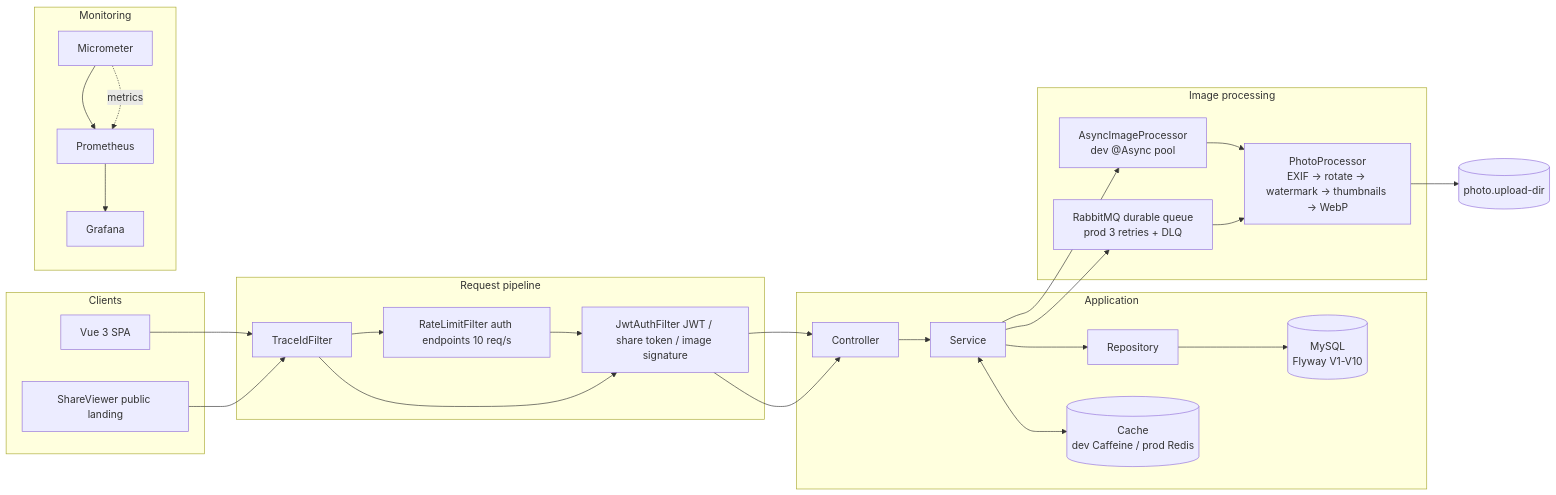
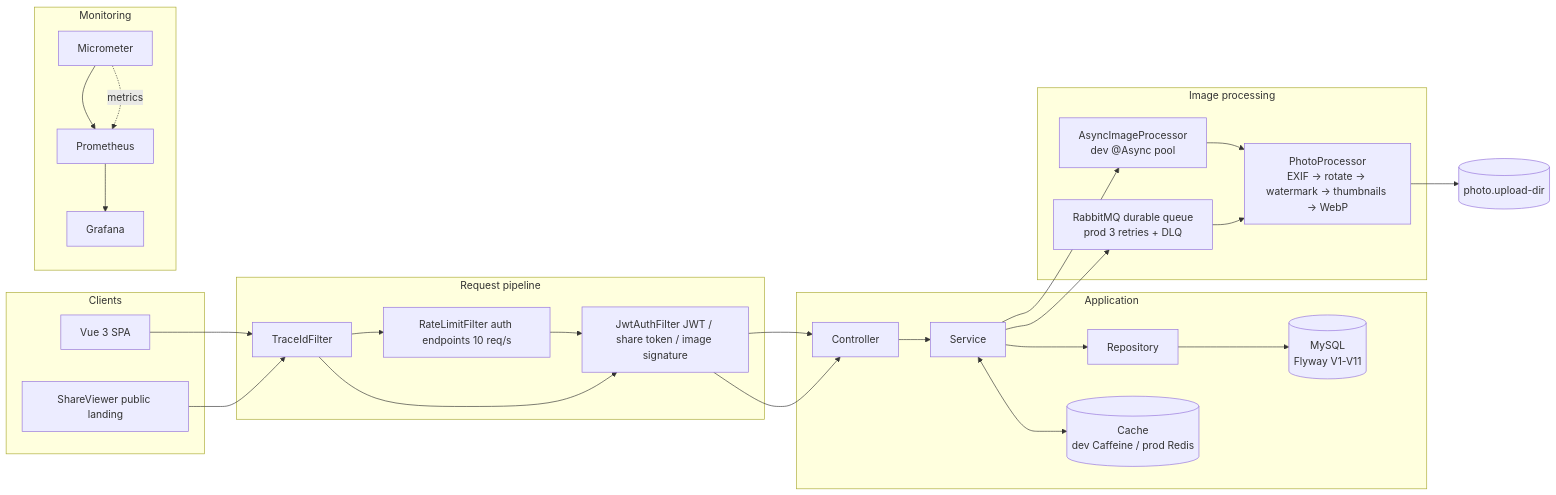
Before and after one commit to LJ000003/photo-gallery: the diagram in README.en.md, drawn with Mermaid. The commit also changed other lines of this file and 3 other files, not shown here.

````diff
--- a/README.en.md
+++ b/README.en.md
@@ -11,28 +11,28 @@
 ```mermaid
 flowchart LR
     subgraph Clients
         SPA[Vue 3 SPA]
         SHARE[ShareViewer public landing]
     end
     subgraph Request pipeline
         F1[TraceIdFilter]
         F2[RateLimitFilter auth endpoints 10 req/s]
         F3[JwtAuthFilter JWT / share token / image signature]
     end
     subgraph Application
-        C[Controller] --> S[Service] --> R[Repository] --> DB[(MySQL<br/>Flyway V1-V10)]
+        C[Controller] --> S[Service] --> R[Repository] --> DB[(MySQL<br/>Flyway V1-V11)]
         S <--> CACHE[(Cache<br/>dev Caffeine / prod Redis)]
     end
     subgraph Image processing
         A1[AsyncImageProcessor<br/>dev @Async pool]
         A2[RabbitMQ durable queue<br/>prod 3 retries + DLQ]
         PROC[PhotoProcessor<br/>EXIF → rotate → watermark → thumbnails → WebP]
     end
     subgraph Monitoring
         M[Micrometer] --> PR[Prometheus] --> G[Grafana]
     end
     SPA --> F1 --> F2 --> F3 --> C
     SHARE --> F1 --> F3 --> C
     S --> A1 & A2 --> PROC --> STOR[(photo.upload-dir)]
     M -. metrics .-> PR
 ```
````
